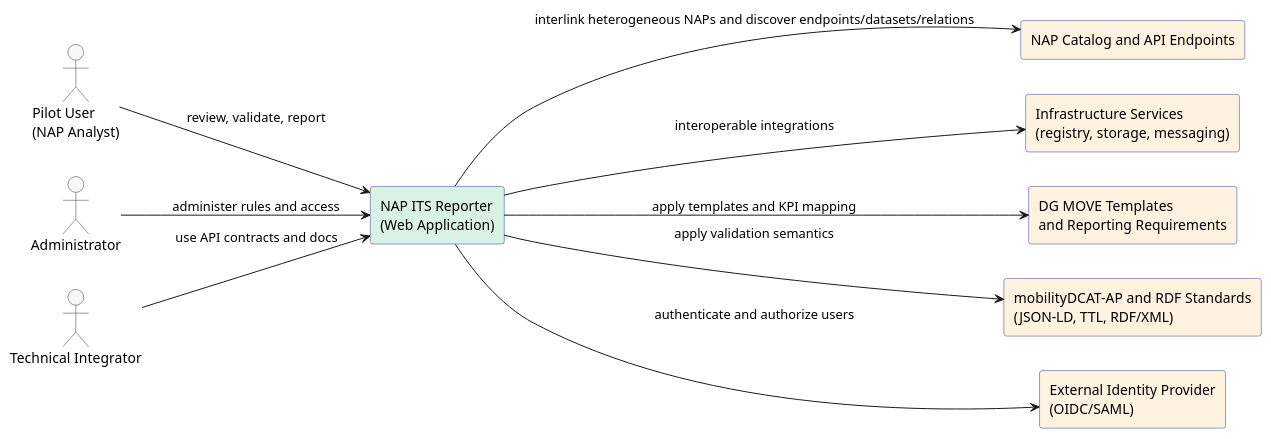
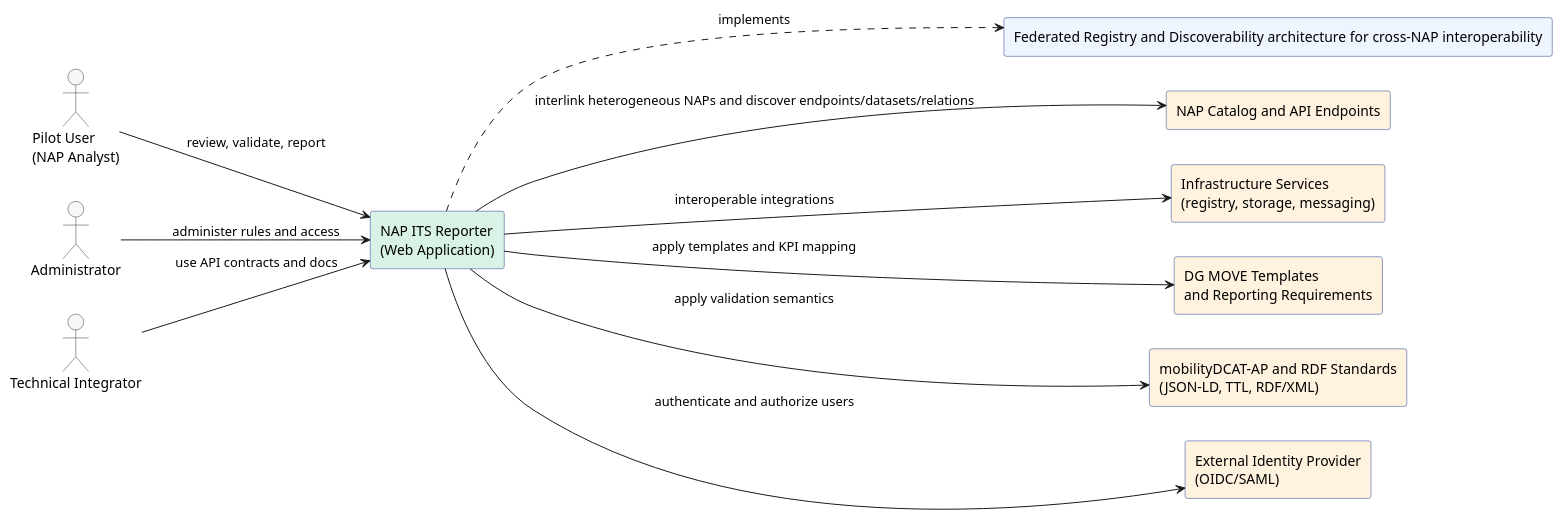
Before and after one commit to UM-KGPI/Napcore-ITS-Reporting: the diagram in docs/architecture/puml/system-context.puml, drawn with PlantUML. The commit also changed 6 other files, not shown here.

Commit message:
Standardize Federated Registry and Discoverability term across C4 and API docs

```diff
--- a/docs/architecture/puml/system-context.puml
+++ b/docs/architecture/puml/system-context.puml
@@ -1,38 +1,40 @@
 @startuml
 ' System Context (Level 1)
 skinparam shadowing false
 skinparam componentStyle rectangle
 skinparam packageStyle rectangle
 left to right direction
 
 skinparam rectangle {
   BackgroundColor #eef5ff
   BorderColor #1f3a93
 }
 skinparam actor {
   BackgroundColor #f7f7f7
   BorderColor #333333
 }
 
 actor "Pilot User\n(NAP Analyst)" as U1
 actor "Administrator" as U2
 actor "Technical Integrator" as U3
 
 rectangle "NAP ITS Reporter\n(Web Application)" as APP #d9f2e6
+rectangle "Federated Registry and Discoverability architecture for cross-NAP interoperability" as PATTERN #eef5ff
 
 rectangle "NAP Catalog and API Endpoints" as NAP #fff3e0
 rectangle "Infrastructure Services\n(registry, storage, messaging)" as INFRA #fff3e0
 rectangle "DG MOVE Templates\nand Reporting Requirements" as DGMOVE #fff3e0
 rectangle "mobilityDCAT-AP and RDF Standards\n(JSON-LD, TTL, RDF/XML)" as STD #fff3e0
 rectangle "External Identity Provider\n(OIDC/SAML)" as IDP #fff3e0
 
 U1 --> APP : review, validate, report
 U2 --> APP : administer rules and access
 U3 --> APP : use API contracts and docs
+APP ..> PATTERN : implements
 
 APP --> NAP : interlink heterogeneous NAPs and discover endpoints/datasets/relations
 APP --> INFRA : interoperable integrations
 APP --> DGMOVE : apply templates and KPI mapping
 APP --> STD : apply validation semantics
 APP --> IDP : authenticate and authorize users
 @enduml
```
